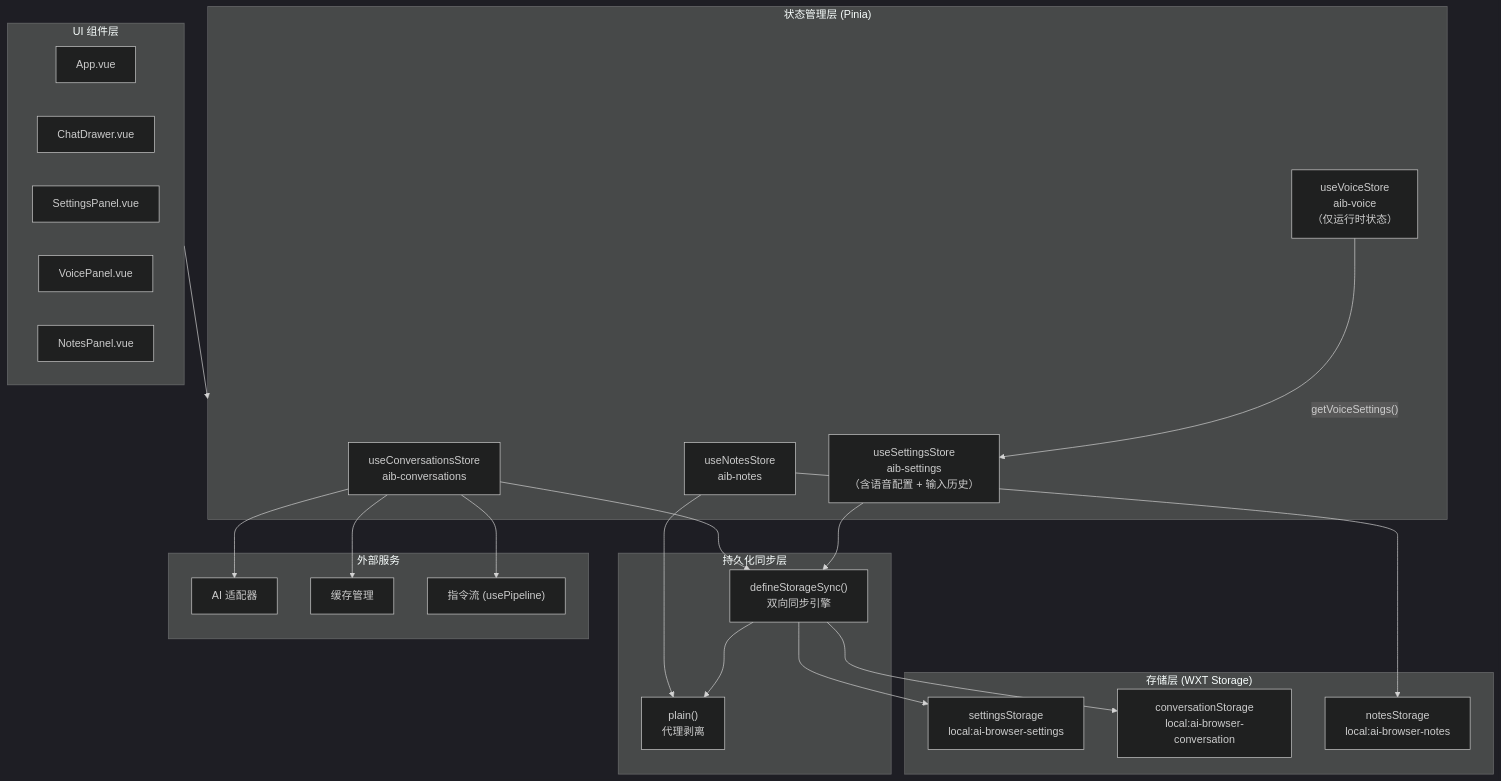
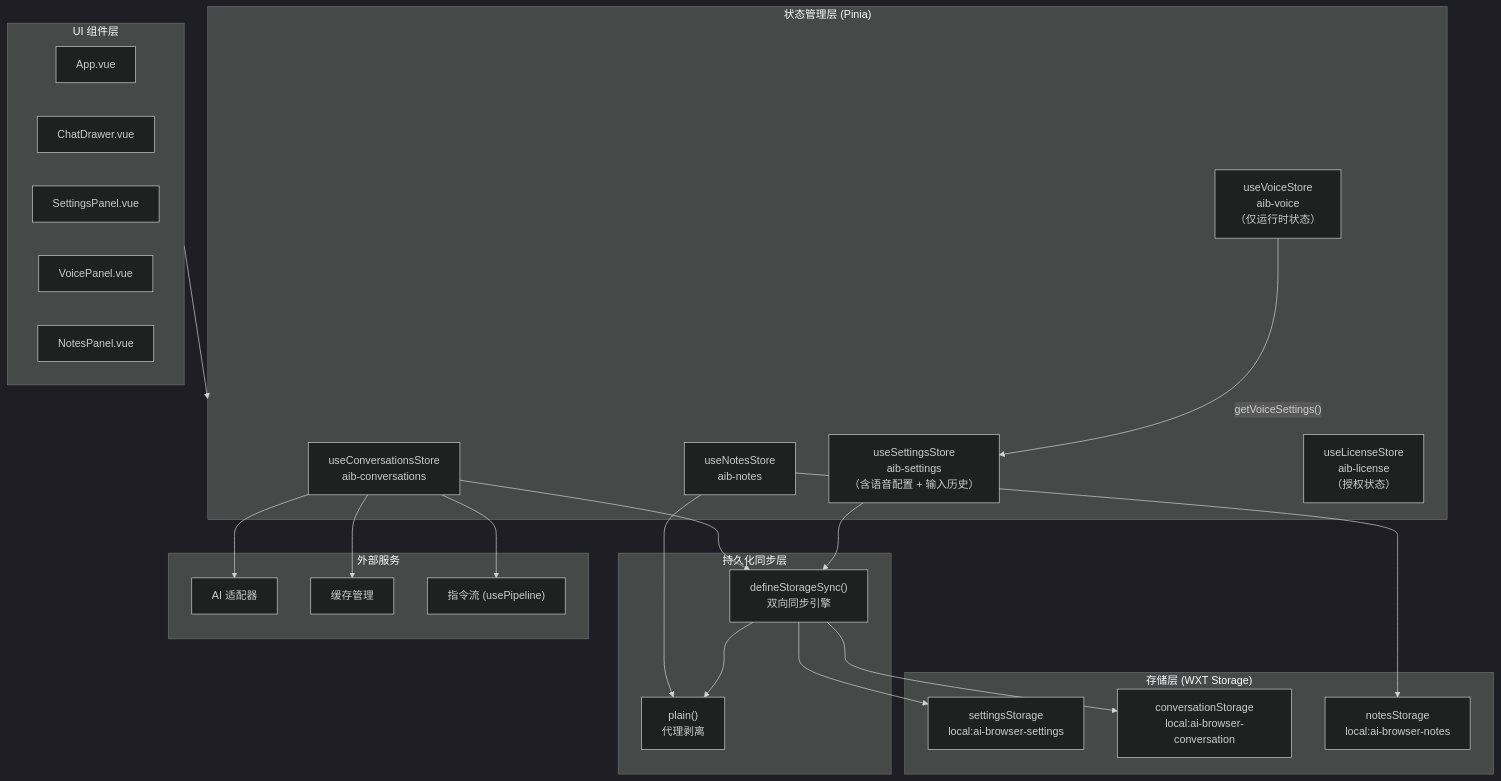
The first of 10 diagrams in docs/architecture/state-management.md (zw123zw/ai-browser), drawn with Mermaid (dark theme) before and after one commit. The commit also changed other lines of this file and 10 other files, not shown here.

````diff
--- a/docs/architecture/state-management.md
+++ b/docs/architecture/state-management.md
@@ -41,47 +42,48 @@
 ```mermaid
 graph TB
     subgraph UI["UI 组件层"]
         App[App.vue]
         Chat[ChatDrawer.vue]
         Settings[SettingsPanel.vue]
         Voice[VoicePanel.vue]
         Notes[NotesPanel.vue]
     end
 
     subgraph Stores["状态管理层 (Pinia)"]
         SS["useSettingsStore<br/>aib-settings<br/>（含语音配置 + 输入历史）"]
         CS["useConversationsStore<br/>aib-conversations"]
         NS["useNotesStore<br/>aib-notes"]
         VS["useVoiceStore<br/>aib-voice<br/>（仅运行时状态）"]
+        LS["useLicenseStore<br/>aib-license<br/>（授权状态）"]
     end
 
     subgraph Sync["持久化同步层"]
         DSS["defineStorageSync()<br/>双向同步引擎"]
         PL["plain()<br/>代理剥离"]
     end
 
     subgraph Storage["存储层 (WXT Storage)"]
         STG_S["settingsStorage<br/>local:ai-browser-settings"]
         STG_C["conversationStorage<br/>local:ai-browser-conversation"]
         STG_N["notesStorage<br/>local:ai-browser-notes"]
     end
 
     subgraph External["外部服务"]
         Adapter["AI 适配器"]
         Cache["缓存管理"]
         Pipeline["指令流 (usePipeline)"]
     end
 
     UI --> Stores
     SS --> DSS
     CS --> DSS
     DSS --> PL
     DSS --> STG_S
     DSS --> STG_C
     NS --> PL
     NS --> STG_N
     CS --> Adapter
     CS --> Cache
     CS --> Pipeline
     VS -->|"getVoiceSettings()"| SS
 ```
````
